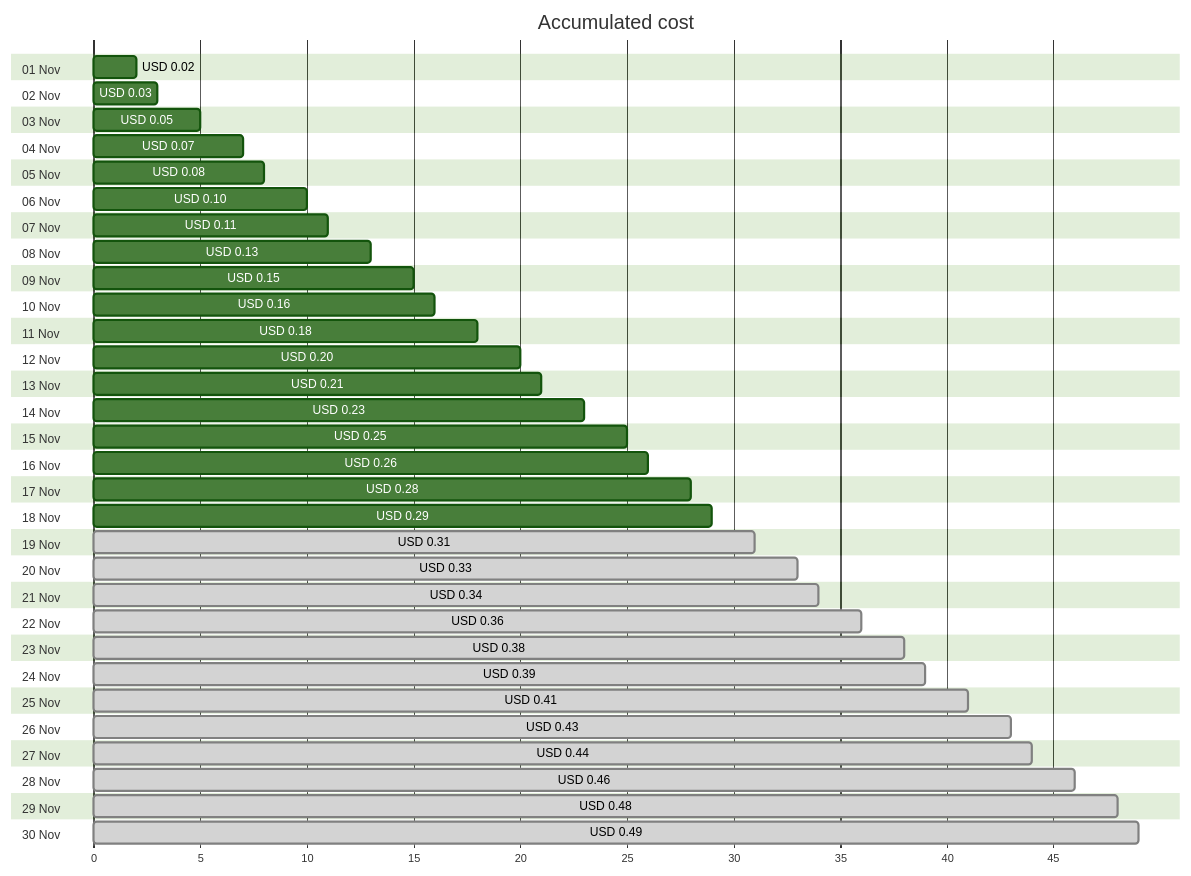
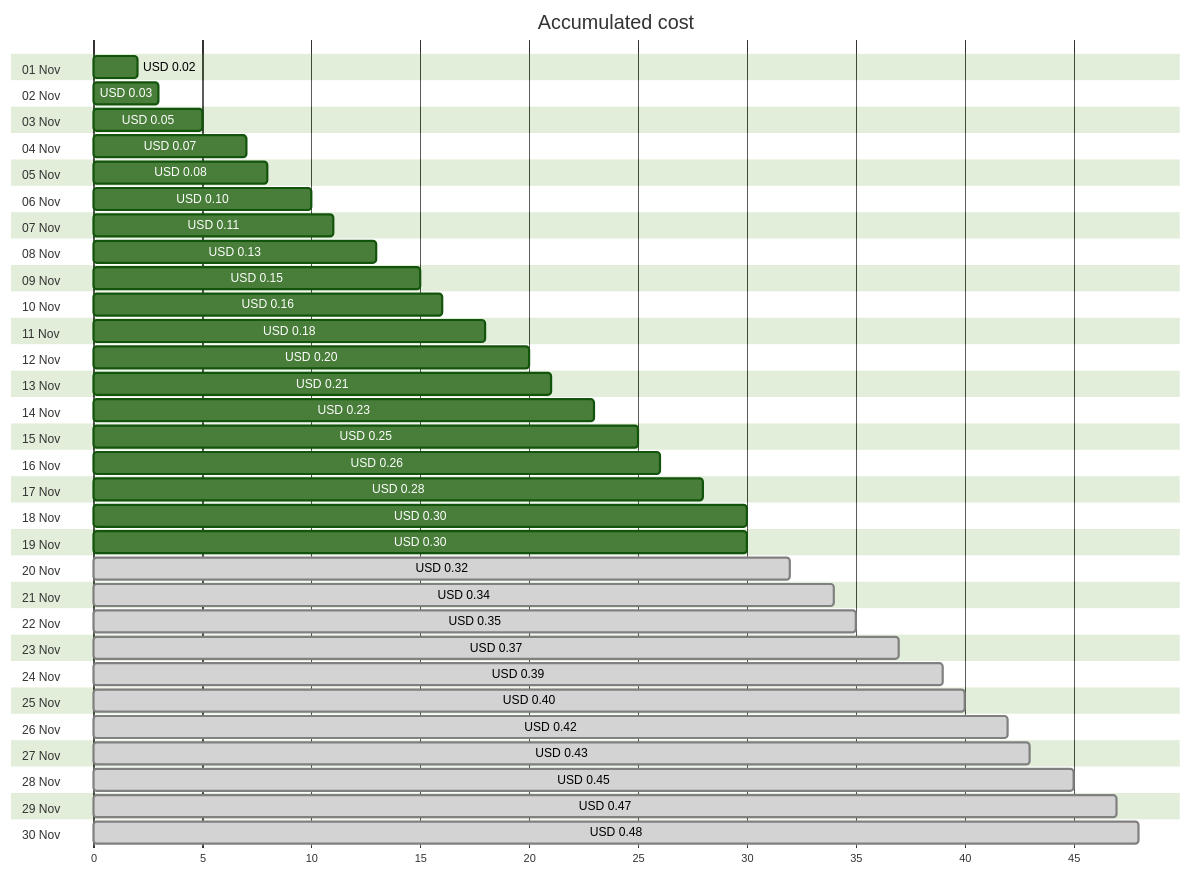
One commit to jpfulton/azure-personal-reports changed the first of 4 diagrams in cost-reports/personal-dns/jpatrickfulton.dev.md. Above: the diagram before and after it, drawn with Mermaid (forest theme). The commit also changed other lines of this file and 2 other files, not shown here.

````diff
--- a/cost-reports/personal-dns/jpatrickfulton.dev.md
+++ b/cost-reports/personal-dns/jpatrickfulton.dev.md
@@ -20,66 +20,66 @@
 ```mermaid
 gantt
    title Accumulated cost
    dateFormat  X
    axisFormat %s
    section 01 Nov
    USD 0.02 :0, 2
    section 02 Nov
    USD 0.03 :0, 3
    section 03 Nov
    USD 0.05 :0, 5
    section 04 Nov
    USD 0.07 :0, 7
    section 05 Nov
    USD 0.08 :0, 8
    section 06 Nov
    USD 0.10 :0, 10
    section 07 Nov
    USD 0.11 :0, 11
    section 08 Nov
    USD 0.13 :0, 13
    section 09 Nov
    USD 0.15 :0, 15
    section 10 Nov
    USD 0.16 :0, 16
    section 11 Nov
    USD 0.18 :0, 18
    section 12 Nov
    USD 0.20 :0, 20
    section 13 Nov
    USD 0.21 :0, 21
    section 14 Nov
    USD 0.23 :0, 23
    section 15 Nov
    USD 0.25 :0, 25
    section 16 Nov
    USD 0.26 :0, 26
    section 17 Nov
    USD 0.28 :0, 28
    section 18 Nov
-   USD 0.29 :0, 29
+   USD 0.30 :0, 30
    section 19 Nov
-   USD 0.31 : done, 0, 31
+   USD 0.30 :0, 30
    section 20 Nov
-   USD 0.33 : done, 0, 33
+   USD 0.32 : done, 0, 32
    section 21 Nov
    USD 0.34 : done, 0, 34
    section 22 Nov
-   USD 0.36 : done, 0, 36
+   USD 0.35 : done, 0, 35
    section 23 Nov
-   USD 0.38 : done, 0, 38
+   USD 0.37 : done, 0, 37
    section 24 Nov
    USD 0.39 : done, 0, 39
    section 25 Nov
-   USD 0.41 : done, 0, 41
+   USD 0.40 : done, 0, 40
    section 26 Nov
+   USD 0.42 : done, 0, 42
+   section 27 Nov
    USD 0.43 : done, 0, 43
-   section 27 Nov
-   USD 0.44 : done, 0, 44
    section 28 Nov
-   USD 0.46 : done, 0, 46
+   USD 0.45 : done, 0, 45
    section 29 Nov
+   USD 0.47 : done, 0, 47
+   section 30 Nov
    USD 0.48 : done, 0, 48
-   section 30 Nov
-   USD 0.49 : done, 0, 49
 ```
````
